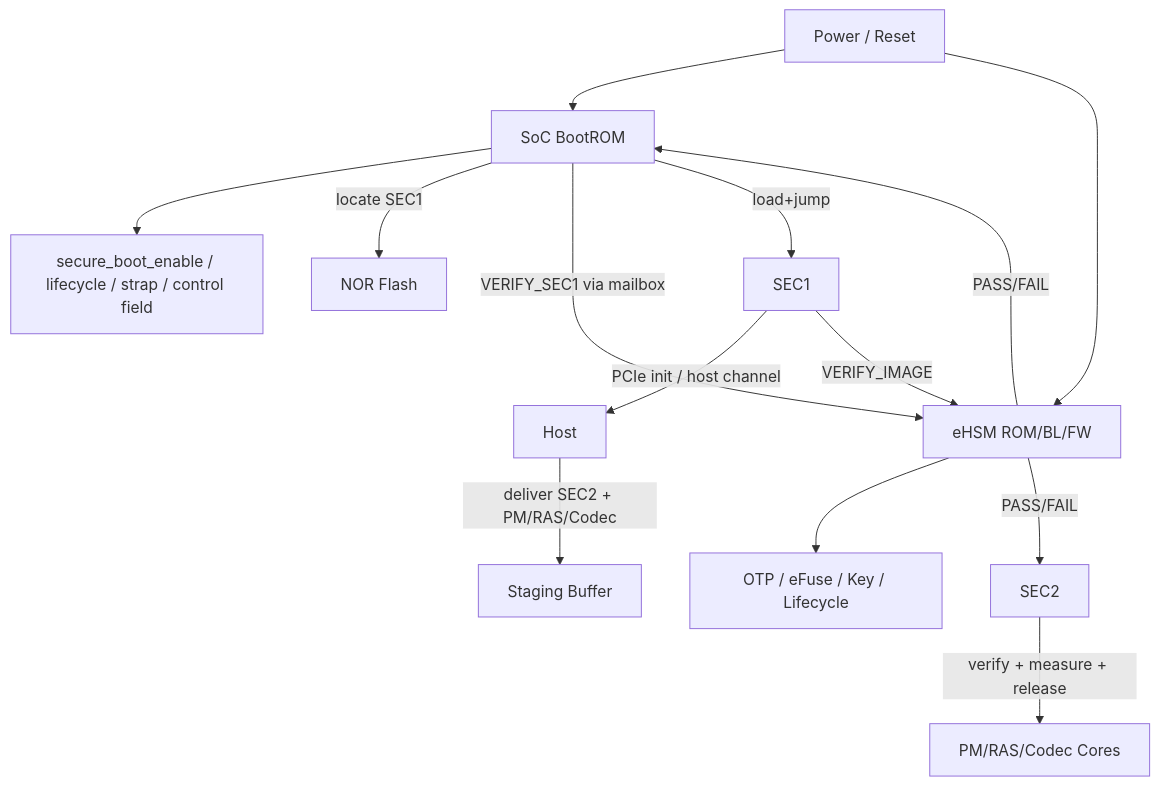
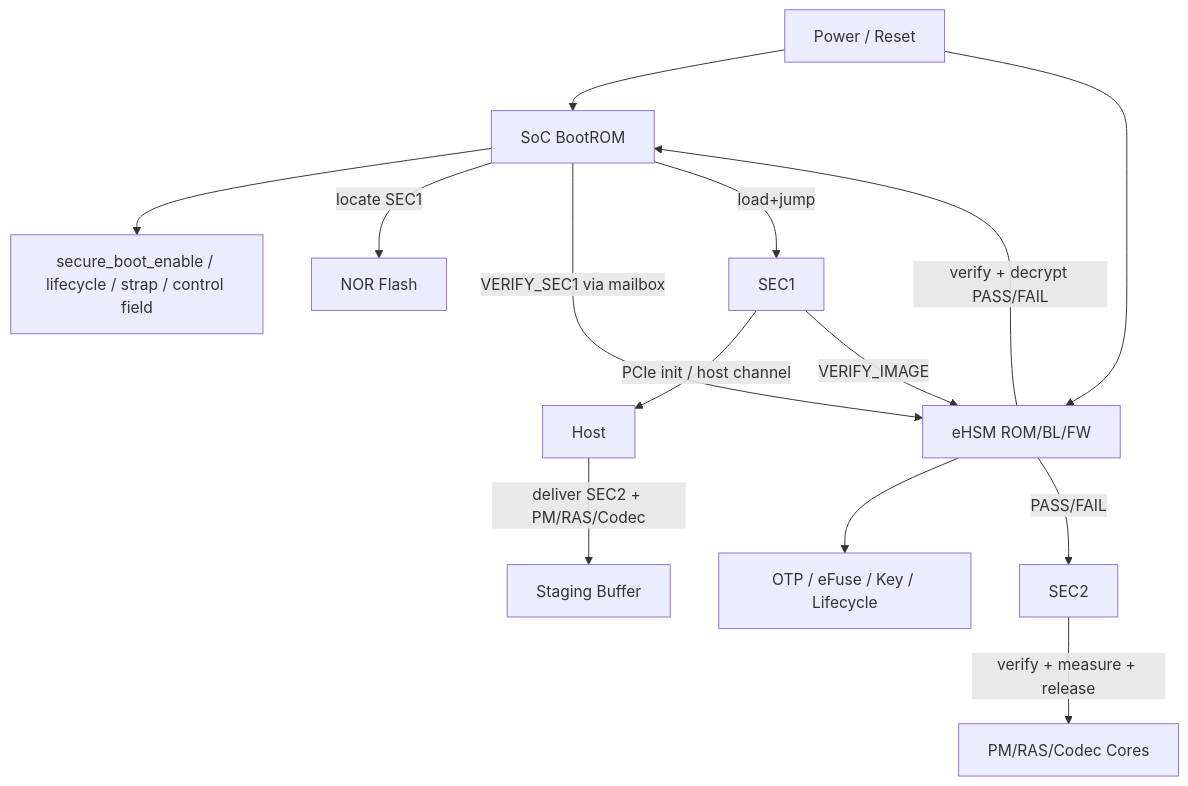
One commit to DBW19931021/security_-scheme changed the first of 2 diagrams in ngu800_security_solution_flow_with_gpt/security_workflow/03_detailed_design/01_boot.md. Above: the diagram before and after it, drawn with Mermaid. The commit also changed other lines of this file and 36 other files, not shown here.

````diff
--- a/ngu800_security_solution_flow_with_gpt/security_workflow/03_detailed_design/01_boot.md
+++ b/ngu800_security_solution_flow_with_gpt/security_workflow/03_detailed_design/01_boot.md
@@ -110,19 +112,19 @@
 ```mermaid
 graph TD
     PR[Power / Reset] --> BR[SoC BootROM]
     PR --> EH[eHSM ROM/BL/FW]
 
     BR --> CFG[secure_boot_enable / lifecycle / strap / control field]
     EH --> OTP[OTP / eFuse / Key / Lifecycle]
 
     BR -->|locate SEC1| FLASH[NOR Flash]
     BR -->|VERIFY_SEC1 via mailbox| EH
-    EH -->|PASS/FAIL| BR
+    EH -->|verify + decrypt PASS/FAIL| BR
 
     BR -->|load+jump| SEC1[SEC1]
     SEC1 -->|PCIe init / host channel| HOST[Host]
     HOST -->|deliver SEC2 + PM/RAS/Codec| STAGE[Staging Buffer]
     SEC1 -->|VERIFY_IMAGE| EH
     EH -->|PASS/FAIL| SEC2[SEC2]
     SEC2 -->|verify + measure + release| OTHERS[PM/RAS/Codec Cores]
 ```
````
